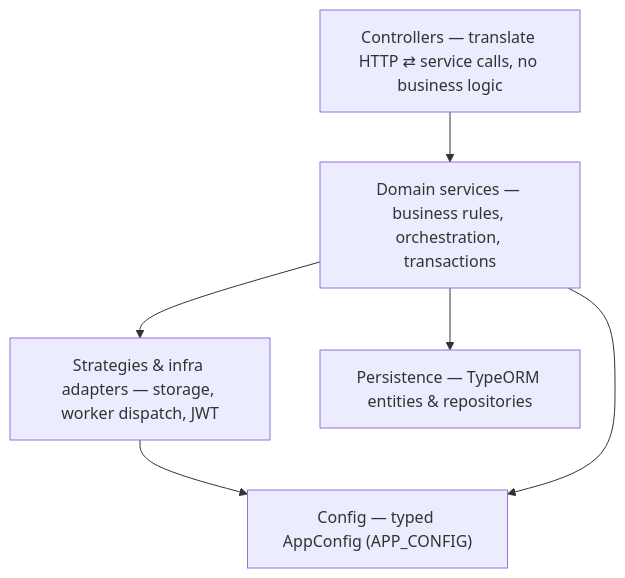
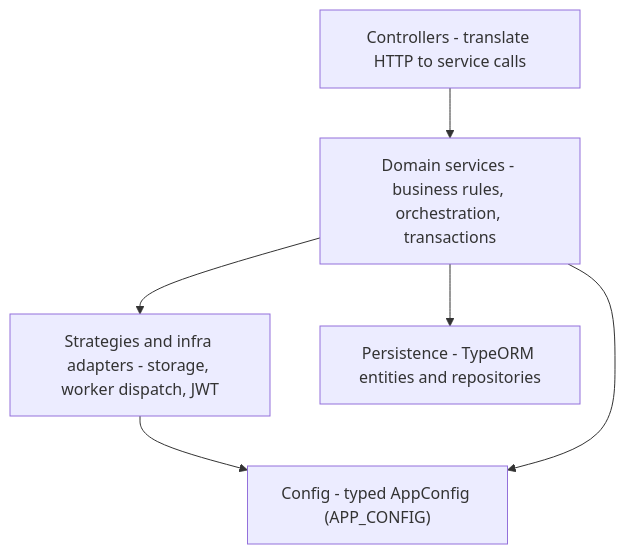
One commit to cubito1080/orcherstrator_wholeFoods changed the third of 11 diagrams in docs/ARCHITECTURE.md. Above: the diagram before and after it, drawn with Mermaid. The commit also changed other lines of this file and 9 other files, not shown here.

````diff
--- a/docs/ARCHITECTURE.md
+++ b/docs/ARCHITECTURE.md
@@ -121,13 +121,13 @@
 ```mermaid
 flowchart TB
-    A["Controllers — translate HTTP ⇄ service calls, no business logic"]
-    B["Domain services — business rules, orchestration, transactions"]
-    C["Strategies & infra adapters — storage, worker dispatch, JWT"]
-    D["Persistence — TypeORM entities & repositories"]
-    E["Config — typed AppConfig (APP_CONFIG)"]
+    A["Controllers - translate HTTP to service calls"]
+    B["Domain services - business rules, orchestration, transactions"]
+    C["Strategies and infra adapters - storage, worker dispatch, JWT"]
+    D["Persistence - TypeORM entities and repositories"]
+    E["Config - typed AppConfig (APP_CONFIG)"]
     A --> B
     B --> C
     B --> D
     C --> E
     B --> E
 ```
````
